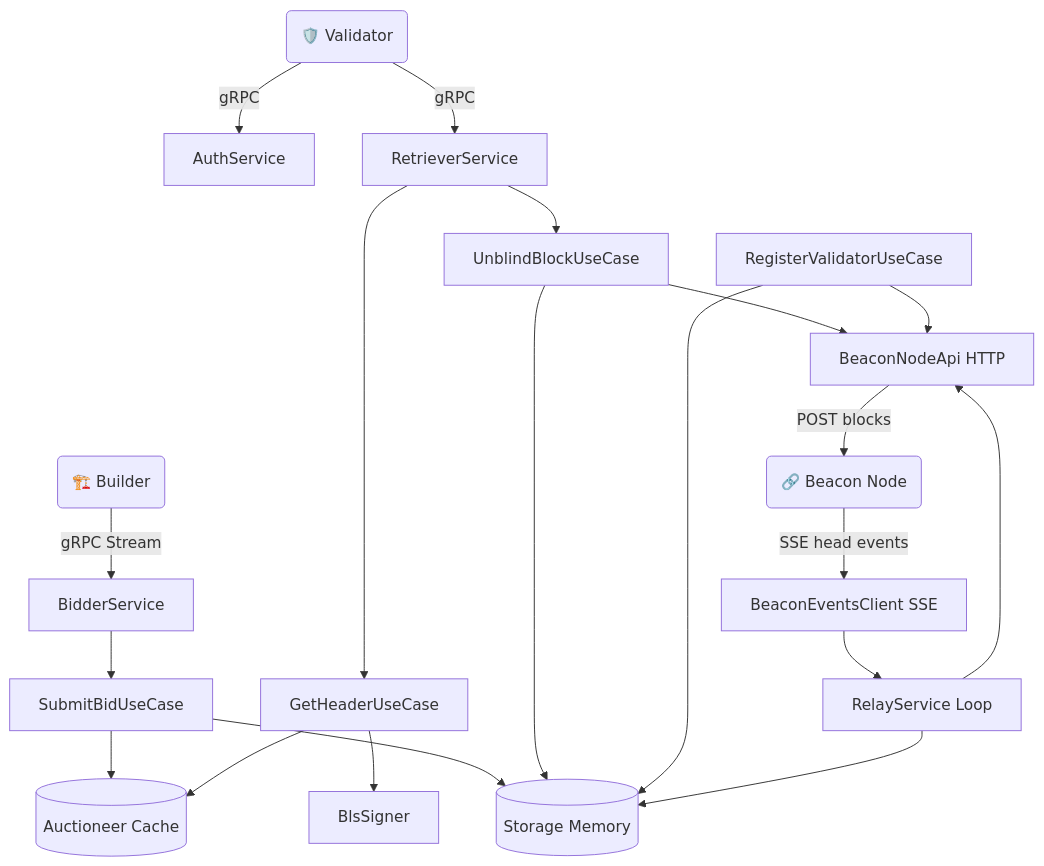
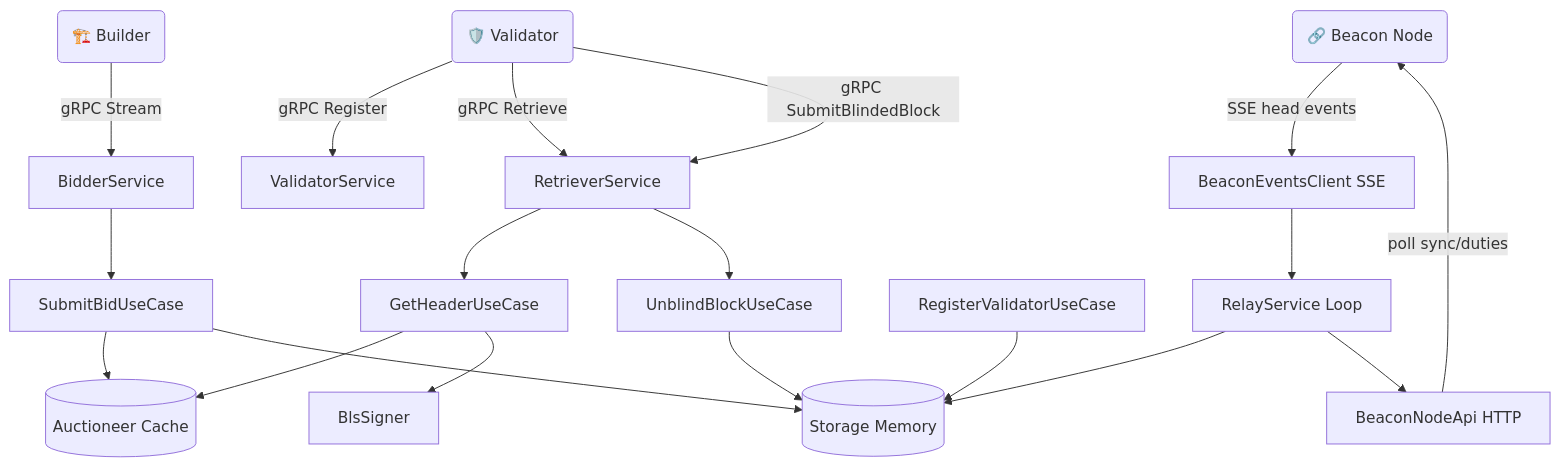
The third of 3 diagrams in README.md (taranvd/mev-relay-rs), drawn with Mermaid before and after one commit. The commit also changed other lines of this file, not shown here.

Commit message:
feat: implement publish_block, fix fork datas wiring, add SubmitBlindedBlock test

````diff
--- a/README.md
+++ b/README.md
@@ -173,52 +173,51 @@
 ```mermaid
 flowchart TD
     %% External Actors
     Builder(🏗️ Builder)
     Validator(🛡️ Validator)
     Beacon(🔗 Beacon Node)
 
     %% gRPC Layer
     BidderSvc[BidderService]
-    AuthSvc[AuthService]
+    ValSvc[ValidatorService]
     RetrieverSvc[RetrieverService]
 
     %% Use Cases
     SubmitBid[SubmitBidUseCase]
     GetHeader[GetHeaderUseCase]
     Unblind[UnblindBlockUseCase]
     RegVal[RegisterValidatorUseCase]
 
     %% Infra
     Auctioneer[(Auctioneer Cache)]
     Storage[(Storage Memory)]
     Signer[BlsSigner]
 
     %% Gateway
     BAPI[BeaconNodeApi HTTP]
     SSE[BeaconEventsClient SSE]
     RelayLoop[RelayService Loop]
 
     %% Flow
     Builder -->|gRPC Stream| BidderSvc
-    Validator -->|gRPC| AuthSvc
-    Validator -->|gRPC| RetrieverSvc
+    Validator -->|gRPC Register| ValSvc
+    Validator -->|gRPC Retrieve| RetrieverSvc
+    Validator -->|gRPC SubmitBlindedBlock| RetrieverSvc
 
     BidderSvc --> SubmitBid
     RetrieverSvc --> GetHeader
     RetrieverSvc --> Unblind
 
     SubmitBid --> Auctioneer
     SubmitBid --> Storage
     GetHeader --> Auctioneer
     GetHeader --> Signer
     Unblind --> Storage
-    Unblind --> BAPI
     RegVal --> Storage
-    RegVal --> BAPI
 
     Beacon -->|SSE head events| SSE
     SSE --> RelayLoop
     RelayLoop --> Storage
     RelayLoop --> BAPI
-    BAPI -->|POST blocks| Beacon
+    BAPI -->|poll sync/duties| Beacon
 ```
````
